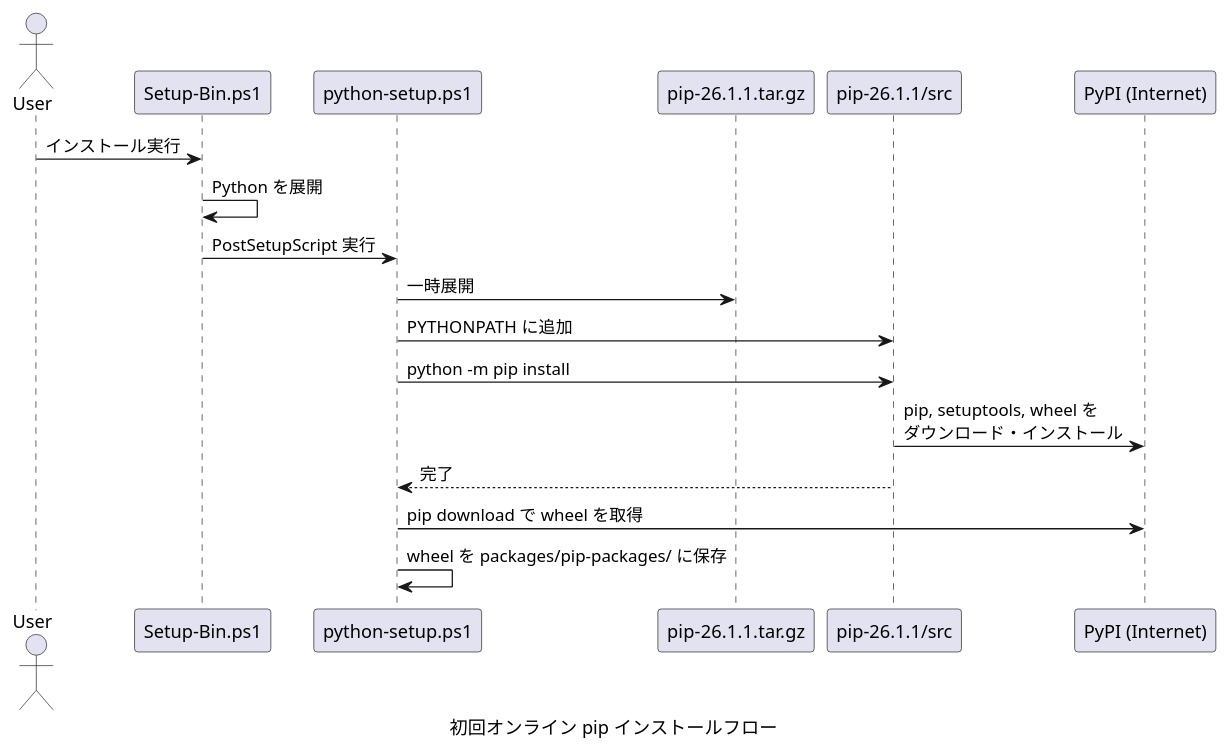
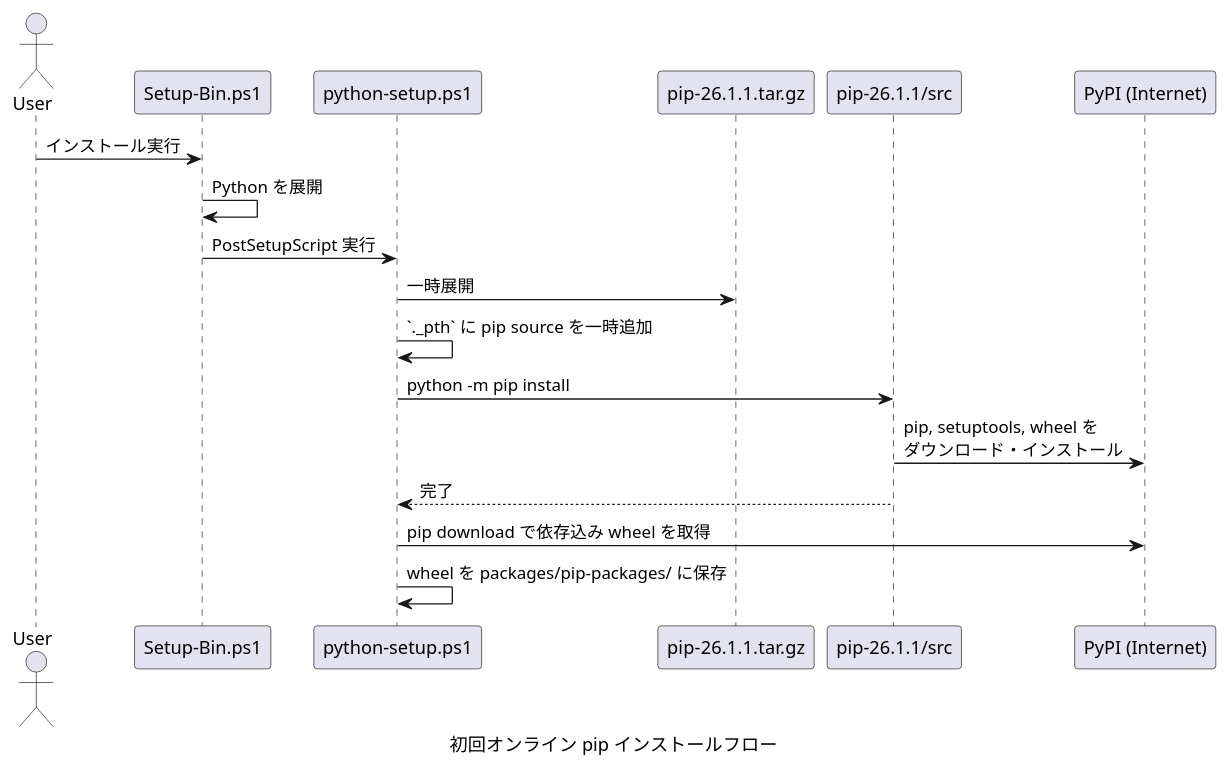
Before and after one commit to Hondarer/devbin-win: the fourth of 4 diagrams in docs/offline-pip-design.md, drawn with PlantUML. The commit also changed other lines of this file and 2 other files, not shown here.

````diff
--- a/docs/offline-pip-design.md
+++ b/docs/offline-pip-design.md
@@ -143,22 +144,22 @@
 ```plantuml
 @startuml 初回オンライン pip インストールフロー
 caption 初回オンライン pip インストールフロー
 actor User
 participant "Setup-Bin.ps1" as Setup
 participant "python-setup.ps1" as PySetup
 participant "pip-26.1.1.tar.gz" as PipSrc
 participant "pip-26.1.1/src" as PipModule
 participant "PyPI (Internet)" as PyPI
 
 User -> Setup: インストール実行
 Setup -> Setup: Python を展開
 Setup -> PySetup: PostSetupScript 実行
 PySetup -> PipSrc: 一時展開
-PySetup -> PipModule: PYTHONPATH に追加
+PySetup -> PySetup: `._pth` に pip source を一時追加
 PySetup -> PipModule: python -m pip install
 PipModule -> PyPI: pip, setuptools, wheel を\nダウンロード・インストール
 PipModule --> PySetup: 完了
-PySetup -> PyPI: pip download で wheel を取得
+PySetup -> PyPI: pip download で依存込み wheel を取得
 PySetup -> PySetup: wheel を packages/pip-packages/ に保存
 @enduml
 ```
````
